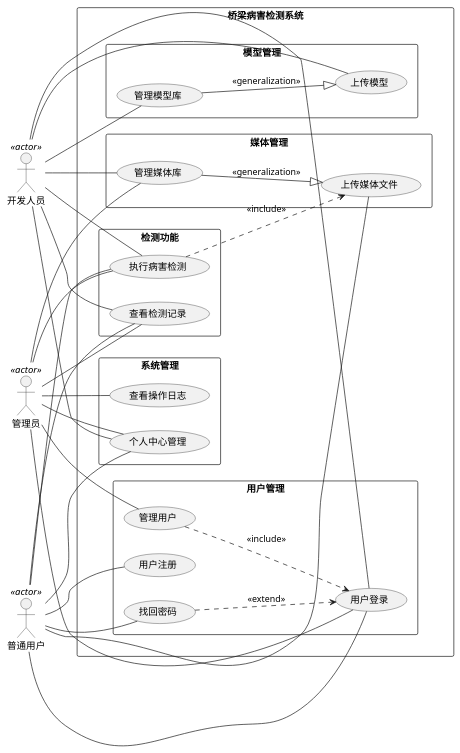
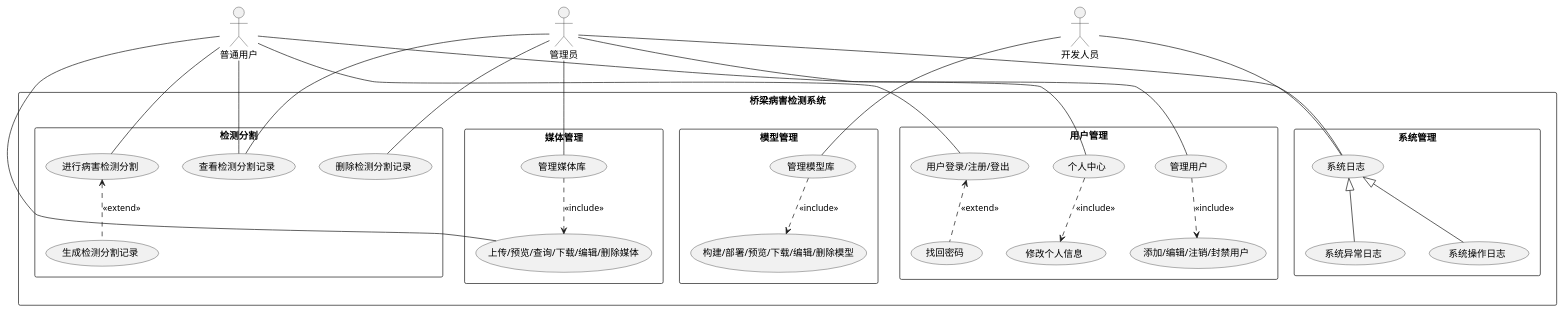
The diagram in docs/3.3.1_用例图.md (YHJYgain/bridge-disease-frontend), drawn with PlantUML before and after one commit. The commit also changed other lines of this file and 5 other files, not shown here.

Commit message:
feat: 为多个视图添加搜索功能并更新用例图

````diff
--- a/docs/3.3.1_用例图.md
+++ b/docs/3.3.1_用例图.md
@@ -3,81 +3,74 @@
 ```plantuml
-@startuml 桥梁病害检测系统用例图
-
-left to right direction
-skinparam packageStyle rectangle
-
-actor "普通用户" as User <<actor>>
-actor "开发人员" as Developer <<actor>>
-actor "管理员" as Admin <<actor>>
+@startuml
+actor "普通用户" as User
+actor "管理员" as Admin
+actor "开发人员" as Developer
 
 rectangle "桥梁病害检测系统" {
-  together {
-    rectangle "用户管理" {
-      usecase "用户登录" as UC1
-      usecase "用户注册" as UC2
-      usecase "找回密码" as UC3
-      usecase "管理用户" as UC4
-    }
-    
-    rectangle "系统管理" {
-      usecase "查看操作日志" as UC5
-      usecase "个人中心管理" as UC6
-    }
+  rectangle "用户管理" {
+    usecase "用户登录/注册/登出" as UC1
+    usecase "找回密码" as UC2
+    usecase "个人中心" as UC3
+    usecase "修改个人信息" as UC4
+    usecase "管理用户" as UC5
+    usecase "添加/编辑/注销/封禁用户" as UC6
   }
-  
+
   together {
     rectangle "媒体管理" {
-      usecase "上传媒体文件" as UC7
+      usecase "上传/预览/查询/下载/编辑/删除媒体" as UC7
       usecase "管理媒体库" as UC8
     }
     
     rectangle "模型管理" {
-      usecase "上传模型" as UC9
-      usecase "管理模型库" as UC10
+      usecase "构建/部署/预览/下载/编辑/删除模型" as UC10
+      usecase "管理模型库" as UC11
     }
   }
   
-  rectangle "检测功能" {
-    usecase "执行病害检测" as UC11
-    usecase "查看检测记录" as UC12
+  rectangle "检测分割" {
+    usecase "进行病害检测分割" as UC12
+    usecase "生成检测分割记录" as UC13
+    usecase "查看检测分割记录" as UC14
+    usecase "删除检测分割记录" as UC15
+  }
+
+  rectangle "系统管理" {
+    usecase "系统日志" as UC16
+    usecase "系统操作日志" as UC17
+    usecase "系统异常日志" as UC18
   }
   
   ' 定义包含关系
-  UC4 ..> UC1 : <<include>>
-  UC11 ..> UC7 : <<include>>
+  UC3 ..> UC4 : <<include>>
+  UC5 ..> UC6 : <<include>>
+  UC8 ..> UC7 : <<include>>
+  UC11 ..> UC10 : <<include>>
   
   ' 定义扩展关系
-  UC3 ..> UC1 : <<extend>>
+  UC1 <.. UC2 : <<extend>>
+  UC12 <.. UC13 : <<extend>>
+
   
   ' 定义泛化关系
-  UC8 --|> UC7 : <<generalization>>
-  UC10 --|> UC9 : <<generalization>>
+  UC16 <|-- UC17
+  UC16 <|-- UC18
 }
 
 ' 定义关联关系
 User -- UC1
-User -- UC2
 User -- UC3
-User -- UC6
 User -- UC7
-User -- UC11
 User -- UC12
+User -- UC14
 
-Developer -- UC1
-Developer -- UC6
-Developer -- UC8
-Developer -- UC9
-Developer -- UC10
 Developer -- UC11
-Developer -- UC12
+Developer -- UC16
 
-Admin -- UC1
-Admin -- UC4
 Admin -- UC5
-Admin -- UC6
 Admin -- UC8
-Admin -- UC11
-Admin -- UC12
-
+Admin -- UC14
+Admin -- UC15
+Admin -- UC16
 @enduml
 ```
````
